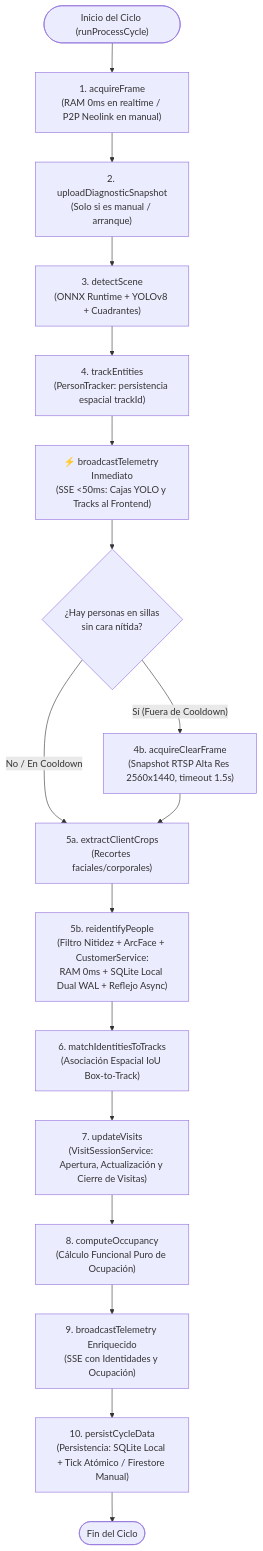
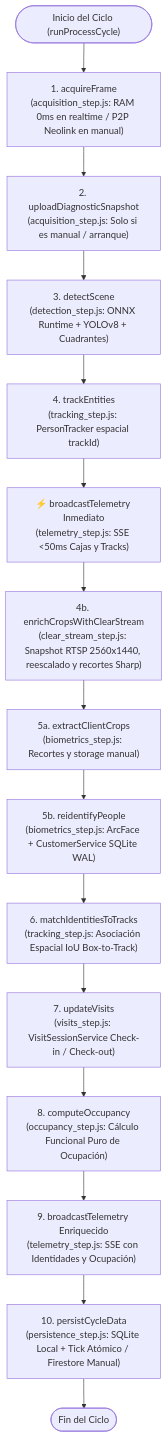
Before and after one commit to mijahilbarra/smartcam: the diagram in agent/PROCESSES.md, drawn with Mermaid. The commit also changed other lines of this file and 12 other files, not shown here.

````diff
--- a/agent/PROCESSES.md
+++ b/agent/PROCESSES.md
@@ -20,19 +46,17 @@
 ```mermaid
 flowchart TD
-    START(["Inicio del Ciclo (runProcessCycle)"]) --> S1["1. acquireFrame<br/>(RAM 0ms en realtime / P2P Neolink en manual)"]
-    S1 --> S2["2. uploadDiagnosticSnapshot<br/>(Solo si es manual / arranque)"]
-    S2 --> S3["3. detectScene<br/>(ONNX Runtime + YOLOv8 + Cuadrantes)"]
-    S3 --> S4["4. trackEntities<br/>(PersonTracker: persistencia espacial trackId)"]
-    S4 --> TEL_EARLY["⚡ broadcastTelemetry Inmediato<br/>(SSE <50ms: Cajas YOLO y Tracks al Frontend)"]
-    TEL_EARLY --> S4B{"¿Hay personas en sillas<br/>sin cara nítida?"}
-    S4B -- "Sí (Fuera de Cooldown)" --> CLEAR["4b. acquireClearFrame<br/>(Snapshot RTSP Alta Res 2560x1440, timeout 1.5s)"]
-    S4B -- "No / En Cooldown" --> S5A["5a. extractClientCrops<br/>(Recortes faciales/corporales)"]
-    CLEAR --> S5A
-    S5A --> S5B["5b. reidentifyPeople<br/>(Filtro Nitidez + ArcFace + CustomerService:<br/>RAM 0ms + SQLite Local Dual WAL + Reflejo Async)"]
-    S5B --> S6["6. matchIdentitiesToTracks<br/>(Asociación Espacial IoU Box-to-Track)"]
-    S6 --> S7["7. updateVisits<br/>(VisitSessionService: Apertura, Actualización y Cierre de Visitas)"]
-    S7 --> S8["8. computeOccupancy<br/>(Cálculo Funcional Puro de Ocupación)"]
-    S8 --> TEL_FINAL["9. broadcastTelemetry Enriquecido<br/>(SSE con Identidades y Ocupación)"]
-    TEL_FINAL --> S10["10. persistCycleData<br/>(Persistencia: SQLite Local + Tick Atómico / Firestore Manual)"]
+    START(["Inicio del Ciclo (runProcessCycle)"]) --> S1["1. acquireFrame<br/>(acquisition_step.js: RAM 0ms en realtime / P2P Neolink en manual)"]
+    S1 --> S2["2. uploadDiagnosticSnapshot<br/>(acquisition_step.js: Solo si es manual / arranque)"]
+    S2 --> S3["3. detectScene<br/>(detection_step.js: ONNX Runtime + YOLOv8 + Cuadrantes)"]
+    S3 --> S4["4. trackEntities<br/>(tracking_step.js: PersonTracker espacial trackId)"]
+    S4 --> TEL_EARLY["⚡ broadcastTelemetry Inmediato<br/>(telemetry_step.js: SSE <50ms Cajas y Tracks)"]
+    TEL_EARLY --> CLEAR["4b. enrichCropsWithClearStream<br/>(clear_stream_step.js: Snapshot RTSP 2560x1440, reescalado y recortes Sharp)"]
+    CLEAR --> S5A["5a. extractClientCrops<br/>(biometrics_step.js: Recortes y storage manual)"]
+    S5A --> S5B["5b. reidentifyPeople<br/>(biometrics_step.js: ArcFace + CustomerService SQLite WAL)"]
+    S5B --> S6["6. matchIdentitiesToTracks<br/>(tracking_step.js: Asociación Espacial IoU Box-to-Track)"]
+    S6 --> S7["7. updateVisits<br/>(visits_step.js: VisitSessionService Check-in / Check-out)"]
+    S7 --> S8["8. computeOccupancy<br/>(occupancy_step.js: Cálculo Funcional Puro de Ocupación)"]
+    S8 --> TEL_FINAL["9. broadcastTelemetry Enriquecido<br/>(telemetry_step.js: SSE con Identidades y Ocupación)"]
+    TEL_FINAL --> S10["10. persistCycleData<br/>(persistence_step.js: SQLite Local + Tick Atómico / Firestore Manual)"]
     S10 --> END(["Fin del Ciclo"])
 ```
````
